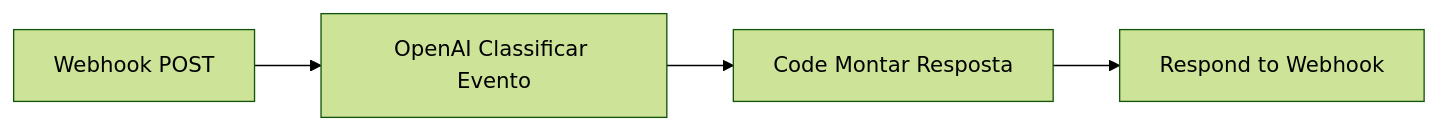
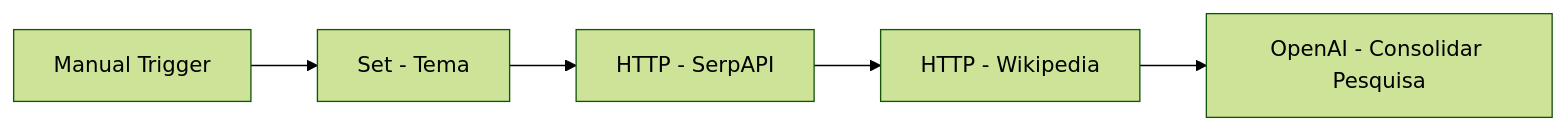
One commit to ClaudioMendonca-Eng/Kensei_AI_Foundations changed the second of 4 diagrams in semana-06/README.md. Above: the diagram before and after it, drawn with Mermaid (forest theme). The commit also changed other lines of this file and 11 other files, not shown here.

````diff
--- a/semana-06/README.md
+++ b/semana-06/README.md
@@ -329,6 +129,7 @@
 ```mermaid
 flowchart LR
-    A[Webhook POST] --> B[OpenAI Classificar Evento]
-    B --> C[Code Montar Resposta]
-    C --> D[Respond to Webhook]
+    A[Manual Trigger] --> B[Set - Tema]
+    B --> C[HTTP - SerpAPI]
+    C --> D[HTTP - Wikipedia]
+    D --> E[OpenAI - Consolidar Pesquisa]
 ```
````
